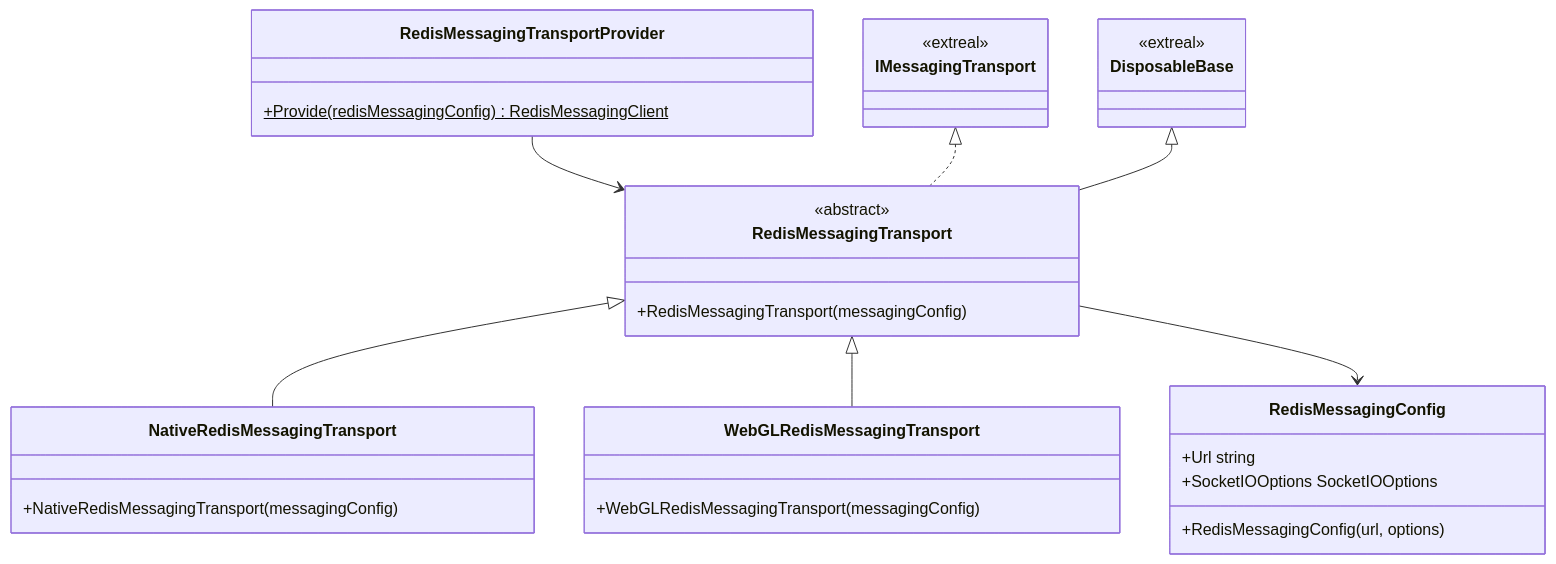
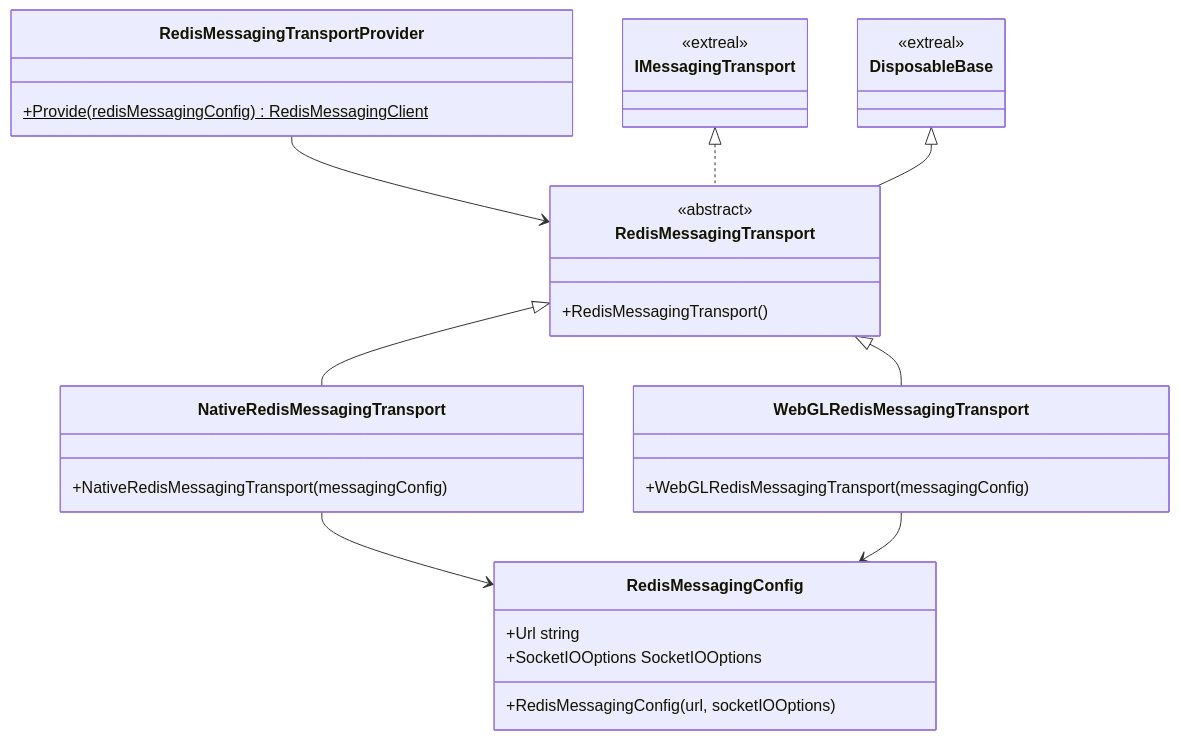
Before and after one commit to extreal-dev/Extreal.Guide: the first of 2 diagrams in docs/integration/messaging.redis.md, drawn with Mermaid.

Commit message:
Modify architecture of Messaging.Redis

````diff
--- a/docs/integration/messaging.redis.md
+++ b/docs/integration/messaging.redis.md
@@ -22,42 +22,43 @@
 ```mermaid
 classDiagram
 
     RedisMessagingTransportProvider --> RedisMessagingTransport
     RedisMessagingTransport <|-- NativeRedisMessagingTransport
     RedisMessagingTransport <|-- WebGLRedisMessagingTransport
-    RedisMessagingTransport --> RedisMessagingConfig
+    NativeRedisMessagingTransport --> RedisMessagingConfig
+    WebGLRedisMessagingTransport --> RedisMessagingConfig
     IMessagingTransport <|.. RedisMessagingTransport
     DisposableBase <|-- RedisMessagingTransport
 
     class RedisMessagingTransportProvider {
         +Provide(redisMessagingConfig)$ RedisMessagingClient
     }
     
     class RedisMessagingTransport {
         <<abstract>>
-        +RedisMessagingTransport(messagingConfig)
+        +RedisMessagingTransport()
     }
     
     class RedisMessagingConfig {
         +Url string
         +SocketIOOptions SocketIOOptions
         
-        +RedisMessagingConfig(url, options)
+        +RedisMessagingConfig(url, socketIOOptions)
     }
     
     class NativeRedisMessagingTransport {
         +NativeRedisMessagingTransport(messagingConfig) 
     }
     
     class WebGLRedisMessagingTransport {
         +WebGLRedisMessagingTransport(messagingConfig)
     }
 
     class IMessagingTransport {
         <<extreal>>
     }
 
     class DisposableBase {
         <<extreal>>
     }
 ```
````
